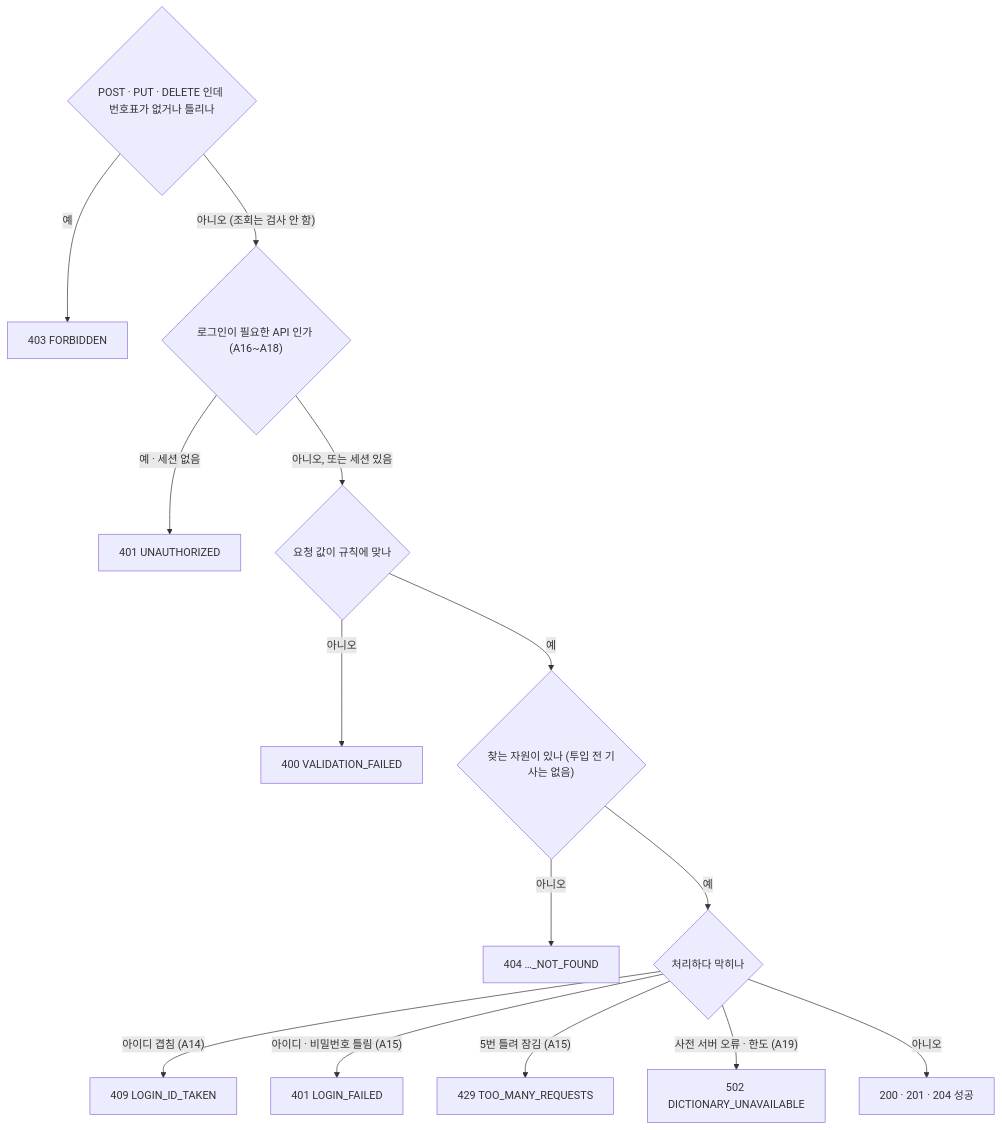
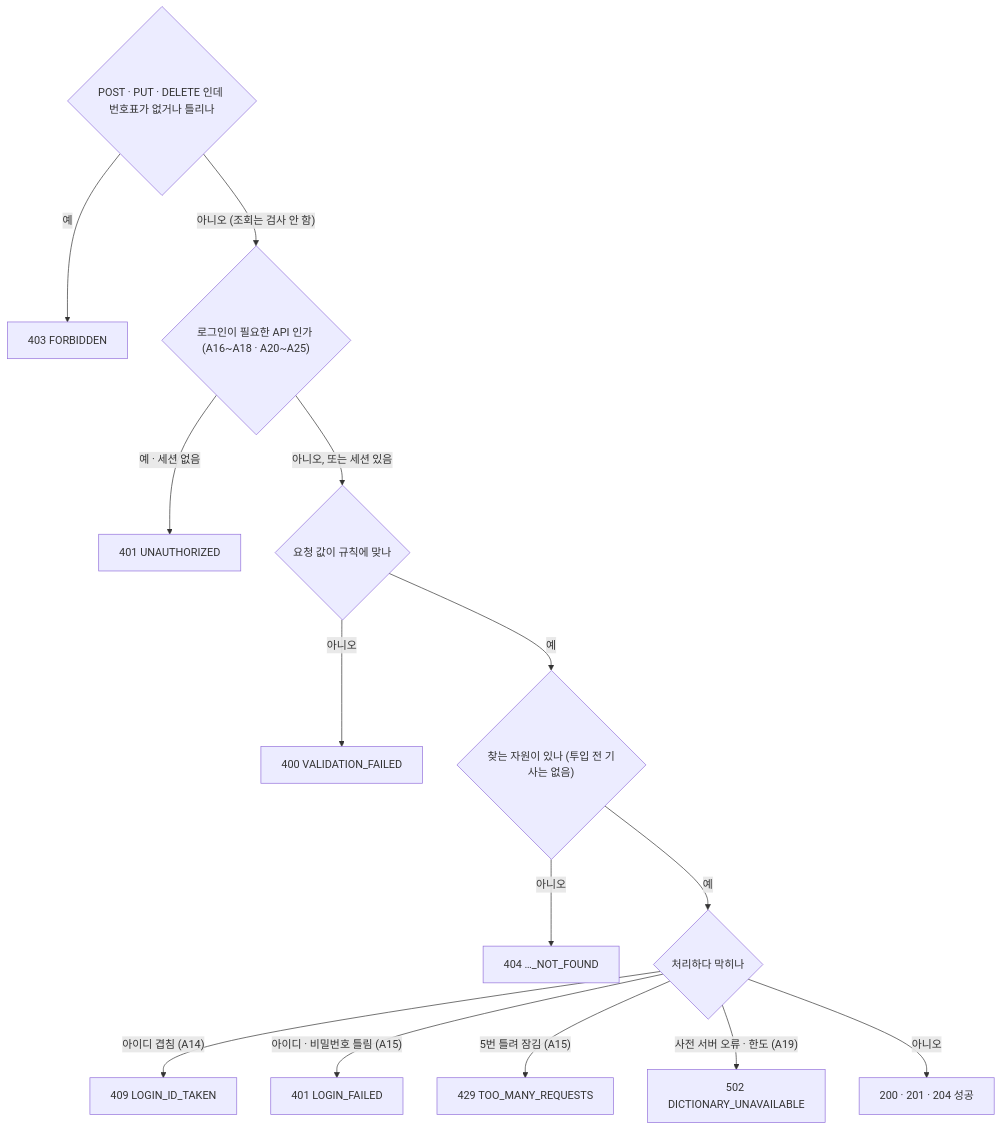
One commit to a102-NEWLEARN/NEW-LEARN changed the second of 5 diagrams in docs/api.md. Above: the diagram before and after it, drawn with Mermaid. The commit also changed other lines of this file and 5 other files, not shown here.

````diff
--- a/docs/api.md
+++ b/docs/api.md
@@ -94,15 +95,15 @@
 ```mermaid
 flowchart TD
   C{"POST · PUT · DELETE 인데 번호표가 없거나 틀리나"} -- "예" --> E403["403 FORBIDDEN"]
-  C -- "아니오 (조회는 검사 안 함)" --> A{"로그인이 필요한 API 인가 (A16~A18)"} -- "예 · 세션 없음" --> E401["401 UNAUTHORIZED"]
+  C -- "아니오 (조회는 검사 안 함)" --> A{"로그인이 필요한 API 인가 (A16~A18 · A20~A25)"} -- "예 · 세션 없음" --> E401["401 UNAUTHORIZED"]
   A -- "아니오, 또는 세션 있음" --> V{"요청 값이 규칙에 맞나"}
   V -- "아니오" --> E400["400 VALIDATION_FAILED"]
   V -- "예" --> F{"찾는 자원이 있나 (투입 전 기사는 없음)"}
   F -- "아니오" --> E404["404 …_NOT_FOUND"]
   F -- "예" --> P{"처리하다 막히나"}
   P -- "아이디 겹침 (A14)" --> E409["409 LOGIN_ID_TAKEN"]
   P -- "아이디 · 비밀번호 틀림 (A15)" --> E401b["401 LOGIN_FAILED"]
   P -- "5번 틀려 잠김 (A15)" --> E429["429 TOO_MANY_REQUESTS"]
   P -- "사전 서버 오류 · 한도 (A19)" --> E502["502 DICTIONARY_UNAVAILABLE"]
   P -- "아니오" --> OK["200 · 201 · 204 성공"]
 ```
````
